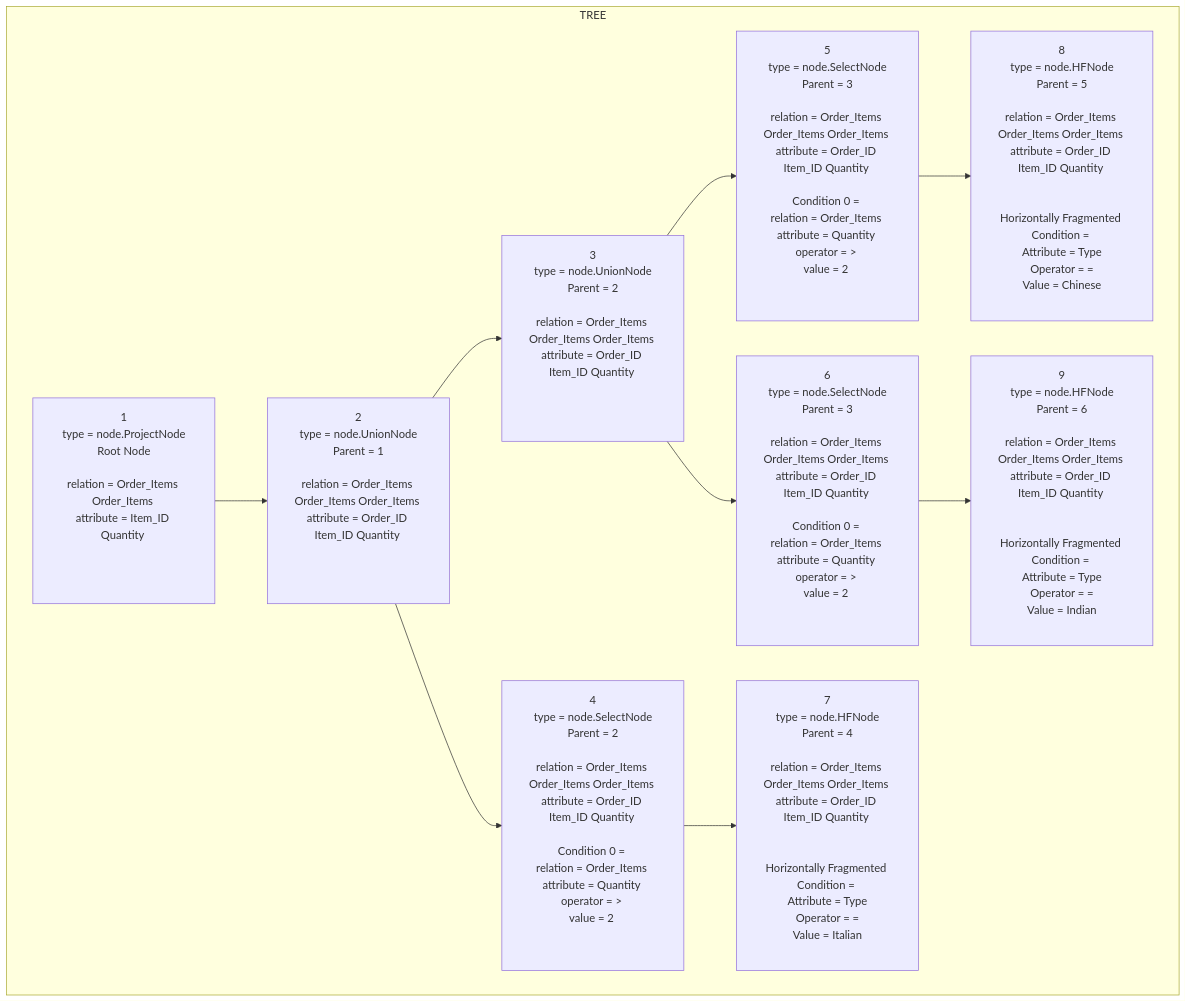
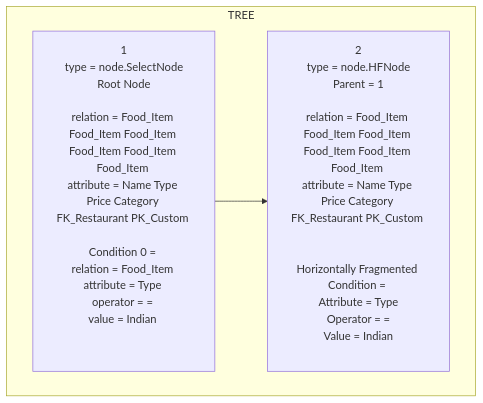
The diagram in phase2/src/fragmented_select.md (krtikgrg/Distributed_Database_System), drawn with Mermaid before and after one commit. The commit also changed 31 other files, not shown here.

````diff
--- a/phase2/src/fragmented_select.md
+++ b/phase2/src/fragmented_select.md
@@ -1,22 +1,8 @@
 ```mermaid
 graph TD
 subgraph TREE
-1[1<br/>type = node.ProjectNode<br/>Root Node<br/><br/>relation = Order_Items Order_Items <br/>attribute = Item_ID Quantity <br/><br/><br/><br/>]
-2[2<br/>type = node.UnionNode<br/>Parent = 1<br/><br/>relation = Order_Items Order_Items Order_Items <br/>attribute = Order_ID Item_ID Quantity <br/><br/><br/><br/>]
+1[1<br/>type = node.SelectNode<br/>Root Node<br/><br/>relation = Food_Item Food_Item Food_Item Food_Item Food_Item Food_Item <br/>attribute = Name Type Price Category FK_Restaurant PK_Custom <br/><br/>Condition 0 = <br/>relation = Food_Item <br/>attribute = Type <br/>operator = = <br/>value = Indian <br/><br/><br/>]
+2[2<br/>type = node.HFNode<br/>Parent = 1<br/><br/>relation = Food_Item Food_Item Food_Item Food_Item Food_Item Food_Item <br/>attribute = Name Type Price Category FK_Restaurant PK_Custom <br/><br/><br/>Horizontally Fragmented Condition = <br/>Attribute = Type<br/>Operator = =<br/>Value = Indian<br/><br/>]
 1-->2
-3[3<br/>type = node.UnionNode<br/>Parent = 2<br/><br/>relation = Order_Items Order_Items Order_Items <br/>attribute = Order_ID Item_ID Quantity <br/><br/><br/><br/>]
-2-->3
-4[4<br/>type = node.SelectNode<br/>Parent = 2<br/><br/>relation = Order_Items Order_Items Order_Items <br/>attribute = Order_ID Item_ID Quantity <br/><br/>Condition 0 = <br/>relation = Order_Items <br/>attribute = Quantity <br/>operator = > <br/>value = 2 <br/><br/><br/>]
-2-->4
-5[5<br/>type = node.SelectNode<br/>Parent = 3<br/><br/>relation = Order_Items Order_Items Order_Items <br/>attribute = Order_ID Item_ID Quantity <br/><br/>Condition 0 = <br/>relation = Order_Items <br/>attribute = Quantity <br/>operator = > <br/>value = 2 <br/><br/><br/>]
-3-->5
-6[6<br/>type = node.SelectNode<br/>Parent = 3<br/><br/>relation = Order_Items Order_Items Order_Items <br/>attribute = Order_ID Item_ID Quantity <br/><br/>Condition 0 = <br/>relation = Order_Items <br/>attribute = Quantity <br/>operator = > <br/>value = 2 <br/><br/><br/>]
-3-->6
-7[7<br/>type = node.HFNode<br/>Parent = 4<br/><br/>relation = Order_Items Order_Items Order_Items <br/>attribute = Order_ID Item_ID Quantity <br/><br/><br/>Horizontally Fragmented Condition = <br/>Attribute = Type<br/>Operator = =<br/>Value = Italian<br/><br/>]
-4-->7
-8[8<br/>type = node.HFNode<br/>Parent = 5<br/><br/>relation = Order_Items Order_Items Order_Items <br/>attribute = Order_ID Item_ID Quantity <br/><br/><br/>Horizontally Fragmented Condition = <br/>Attribute = Type<br/>Operator = =<br/>Value = Chinese<br/><br/>]
-5-->8
-9[9<br/>type = node.HFNode<br/>Parent = 6<br/><br/>relation = Order_Items Order_Items Order_Items <br/>attribute = Order_ID Item_ID Quantity <br/><br/><br/>Horizontally Fragmented Condition = <br/>Attribute = Type<br/>Operator = =<br/>Value = Indian<br/><br/>]
-6-->9
 end
 ```
````
